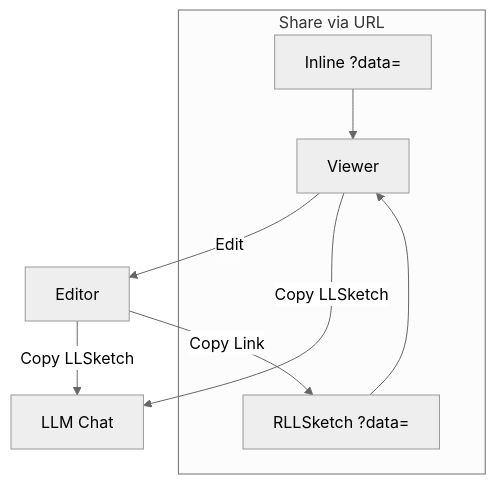
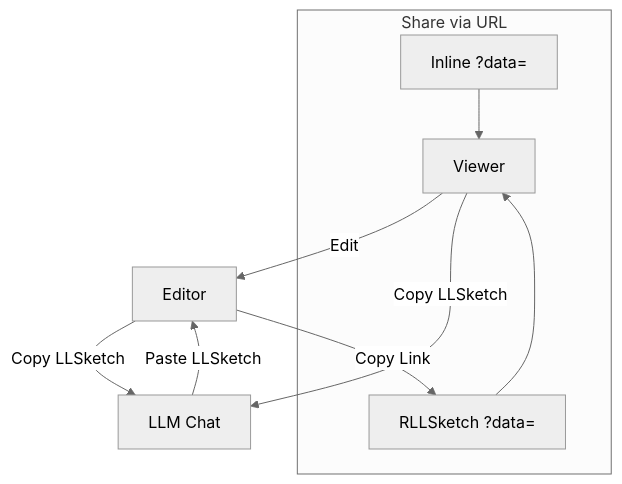
The diagram in README.md (Xoraxx/llsketch), drawn with Mermaid (neutral theme) before and after one commit. The commit also changed other lines of this file and 1 other file, not shown here.

Commit message:
Add LLM-to-editor round-trip in share workflow diagram.
Paste chat llsketch into editor to visualize, correct, and re-send.

````diff
--- a/README.md
+++ b/README.md
@@ -77,11 +78,12 @@
 ```mermaid
 flowchart TB
   subgraph share [Share via URL]
     IL[Inline ?data=] --> V[Viewer]
     RS[RLLSketch ?data=] --> V
   end
   E[Editor] -->|Copy Link| RS
   V -->|Edit| E
   V -->|Copy LLSketch| LLM[LLM Chat]
   E -->|Copy LLSketch| LLM
+  LLM -->|Paste LLSketch| E
 ```
````
